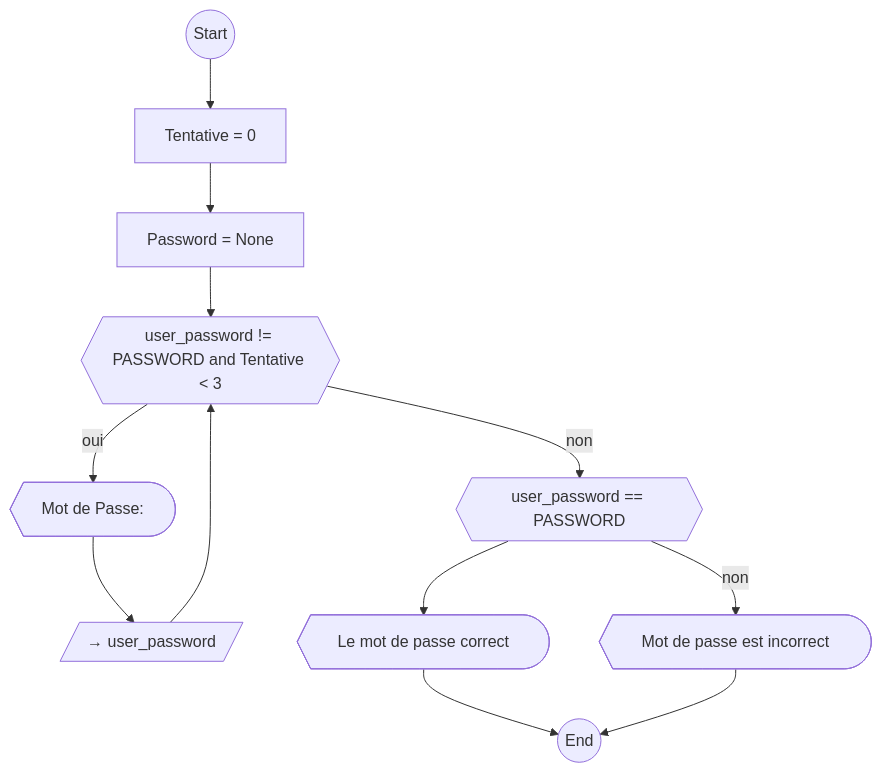
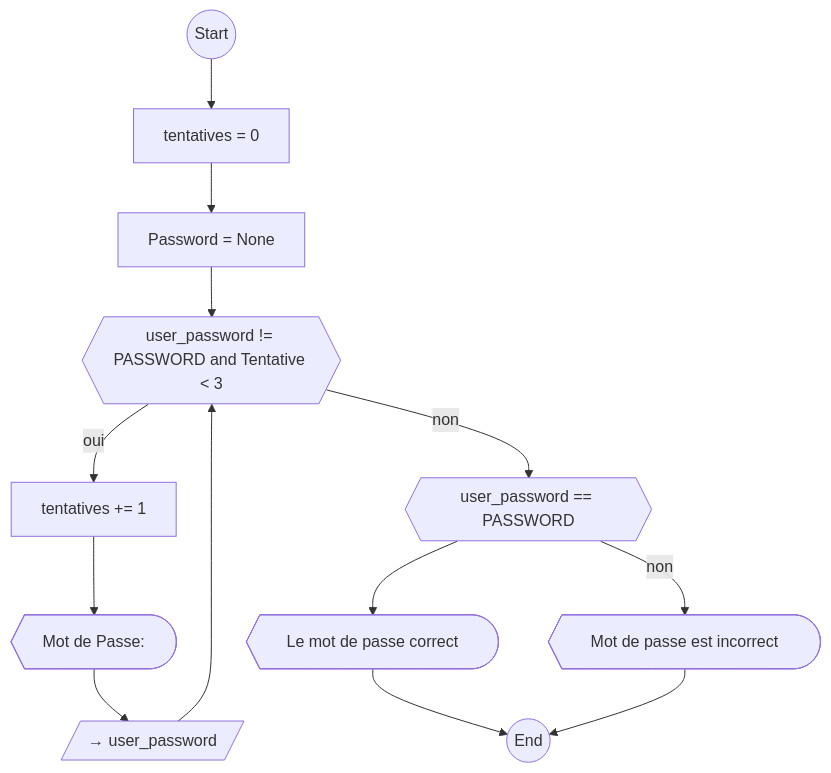
One commit to Team-Panoptes/classes changed the ninth of 12 diagrams in Team Panoptes Classes/UML/Diagramme de flux.md. Above: the diagram before and after it, drawn with Mermaid. The commit also changed other lines of this file, not shown here.

Commit message:
Diagramme de flux: done

````diff
--- a/Team Panoptes Classes/UML/Diagramme de flux.md
+++ b/Team Panoptes Classes/UML/Diagramme de flux.md
@@ -142,12 +142,12 @@
 ```mermaid
 flowchart TB
 
-S((Start)) --> SetTentative[Tentative = 0]
+S((Start)) --> SetTentative[tentatives = 0]
 SetTentative --> SetPassword[Password = None]
 SetPassword --> TestPassword{{user_password != PASSWORD and Tentative < 3}}
-TestPassword -- oui --> AskPassword@{ shape: curv-trap, label: "Mot de Passe: " }
+TestPassword -- oui --> AddTentatitve[tentatives += 1] --> AskPassword@{ shape: curv-trap, label: "Mot de Passe: " }
 AskPassword --> GetPassword[/→ user_password/]
 GetPassword --> TestPassword
 TestPassword -- non --> TestPassword2{{user_password == PASSWORD}} --> A@{ shape: curv-trap, label: "Le mot de passe correct" } --> E((End))
 TestPassword2 -- non --> B@{ shape: curv-trap, label: "Mot de passe est incorrect" } --> E
 ```
````
